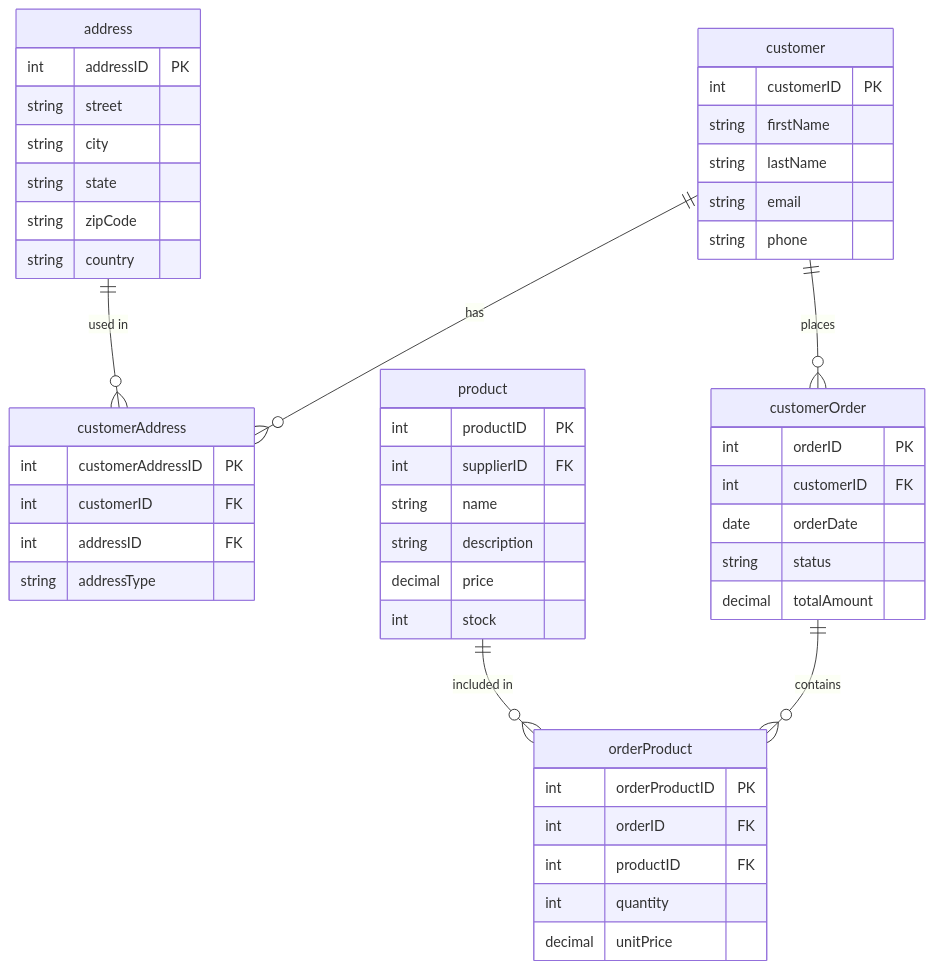
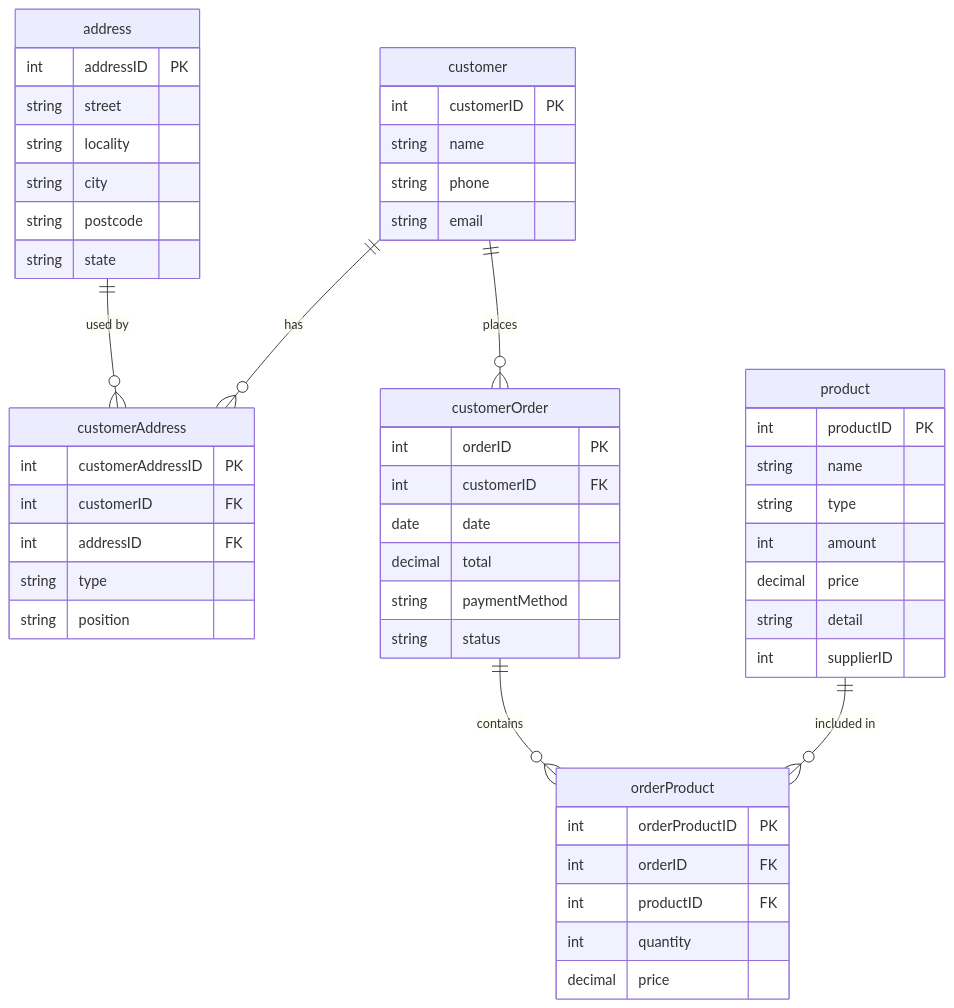
The second of 3 diagrams in exercise7.md (ROY508822/Bases-de-Datos-Distribuidas), drawn with Mermaid before and after one commit. The commit also changed other lines of this file, not shown here.

````diff
--- a/exercise7.md
+++ b/exercise7.md
@@ -156,57 +177,64 @@
 ```mermaid
 erDiagram
-    customer {
-    int customerID PK
-    string firstName
-    string lastName
-    string email
-    string phone
-    }
 
     address {
         int addressID PK
         string street
+        string locality
         string city
+        string postcode
         string state
-        string zipCode
-        string country
+    }
+
+    customer {
+        int customerID PK
+        string name
+        string phone
+        string email
     }
 
     customerAddress {
         int customerAddressID PK
         int customerID FK
         int addressID FK
-        string addressType
+        string type
+        string position
     }
 
     product {
         int productID PK
-        int supplierID FK
         string name
-        string description
+        string type
+        int amount
         decimal price
-        int stock
+        string detail
+        int supplierID
     }
 
     customerOrder {
         int orderID PK
         int customerID FK
-        date orderDate
+        date date
+        decimal total
+        string paymentMethod
         string status
-        decimal totalAmount
     }
 
     orderProduct {
         int orderProductID PK
         int orderID FK
         int productID FK
         int quantity
-        decimal unitPrice
+        decimal price
     }
 
+
+    address ||--o{ customerAddress : "used by"
     customer ||--o{ customerAddress : "has"
-    address ||--o{ customerAddress : "used in"
+
     customer ||--o{ customerOrder : "places"
+
     customerOrder ||--o{ orderProduct : "contains"
+
     product ||--o{ orderProduct : "included in"
 ```
````
